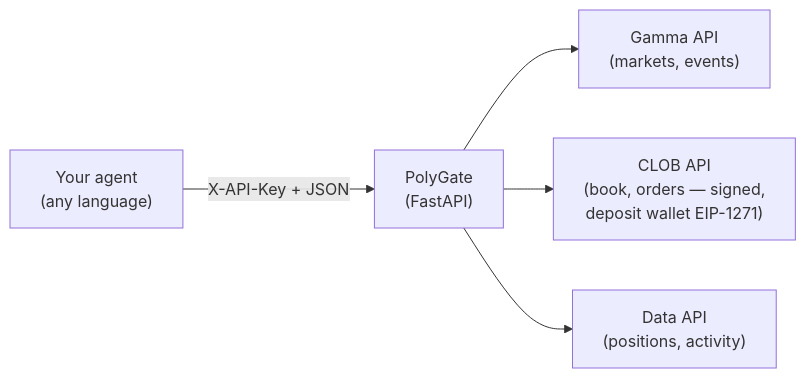
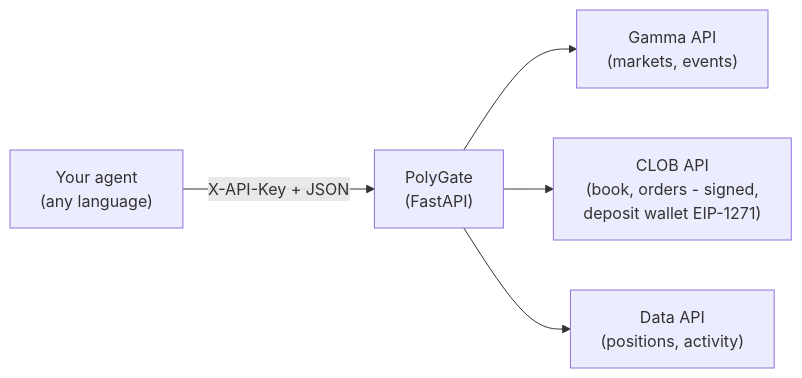
One commit to ilmari99/polygate changed the diagram in README.md. Above: the diagram before and after it, drawn with Mermaid. The commit also changed other lines of this file and 12 other files, not shown here.

````diff
--- a/README.md
+++ b/README.md
@@ -21,7 +21,7 @@
 ```mermaid
 flowchart LR
     Agent["Your agent\n(any language)"] -- "X-API-Key + JSON" --> API["PolyGate\n(FastAPI)"]
     API --> Gamma["Gamma API\n(markets, events)"]
-    API --> CLOB["CLOB API\n(book, orders — signed,\ndeposit wallet EIP-1271)"]
+    API --> CLOB["CLOB API\n(book, orders - signed,\ndeposit wallet EIP-1271)"]
     API --> Data["Data API\n(positions, activity)"]
 ```
````
